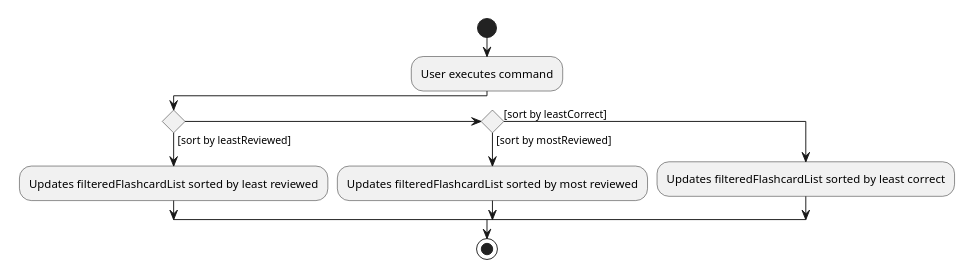
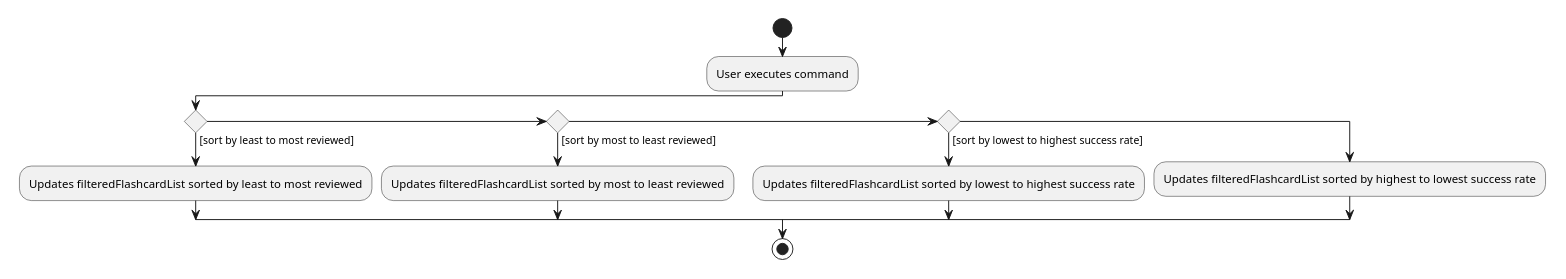
The diagram in docs/diagrams/SortActivityDiagram.puml (nus-cs2103-AY2021S1/tp), drawn with PlantUML before and after one commit. The commit also changed 11 other files, not shown here.

```diff
--- a/docs/diagrams/SortActivityDiagram.puml
+++ b/docs/diagrams/SortActivityDiagram.puml
@@ -1,17 +1,19 @@
 @startuml
 scale 0.5
 start
 :User executes command;
 
 'Since the beta syntax does not support placing the condition outside the
 'diamond we place it as the true branch instead.
 
-if () then ([sort by leastReviewed])
-    :Updates filteredFlashcardList sorted by least reviewed;
-elseif () then ([sort by mostReviewed])
-       :Updates filteredFlashcardList sorted by most reviewed;
-else ([sort by leastCorrect])
-    :Updates filteredFlashcardList sorted by least correct;
+if () then ([sort by least to most reviewed])
+    :Updates filteredFlashcardList sorted by least to most reviewed;
+elseif () then ([sort by most to least reviewed])
+       :Updates filteredFlashcardList sorted by most to least reviewed;
+elseif () then ([sort by lowest to highest success rate])
+    :Updates filteredFlashcardList sorted by lowest to highest success rate;
+else
+    :Updates filteredFlashcardList sorted by highest to lowest success rate;
 endif
 stop
 @enduml
```
